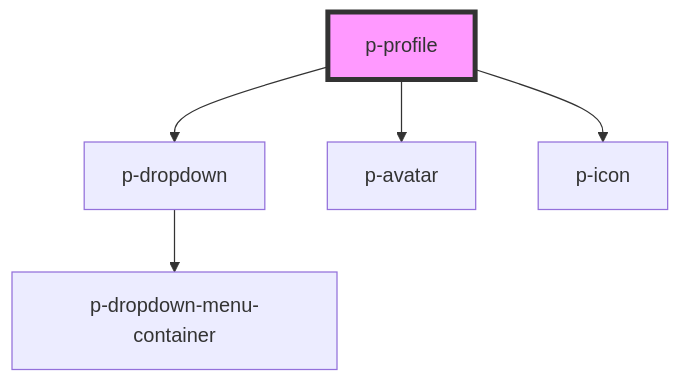
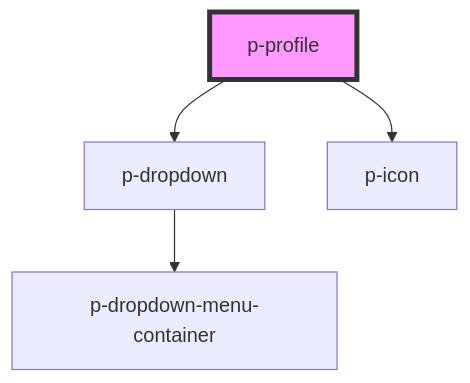
One commit to Employes/paperless changed the diagram in packages/core/src/components/molecules/profile/readme.md. Above: the diagram before and after it, drawn with Mermaid. The commit also changed other lines of this file and 2 other files, not shown here.

Commit message:
feat(Molecules/Profile): Update avatar correctly instead of regenerate

````diff
--- a/packages/core/src/components/molecules/profile/readme.md
+++ b/packages/core/src/components/molecules/profile/readme.md
@@ -33,8 +32,7 @@
 ```mermaid
 graph TD;
   p-profile --> p-dropdown
-  p-profile --> p-avatar
   p-profile --> p-icon
   p-dropdown --> p-dropdown-menu-container
   style p-profile fill:#f9f,stroke:#333,stroke-width:4px
 ```
````
